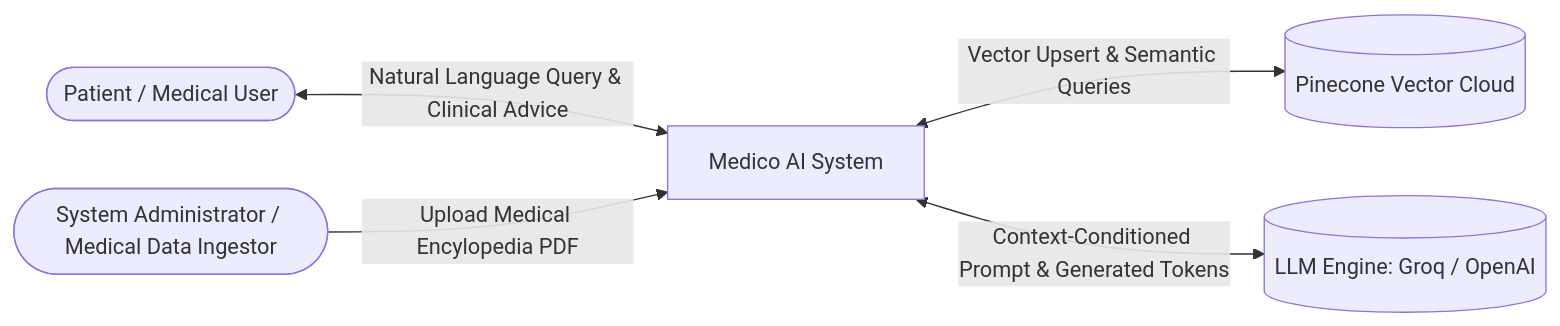
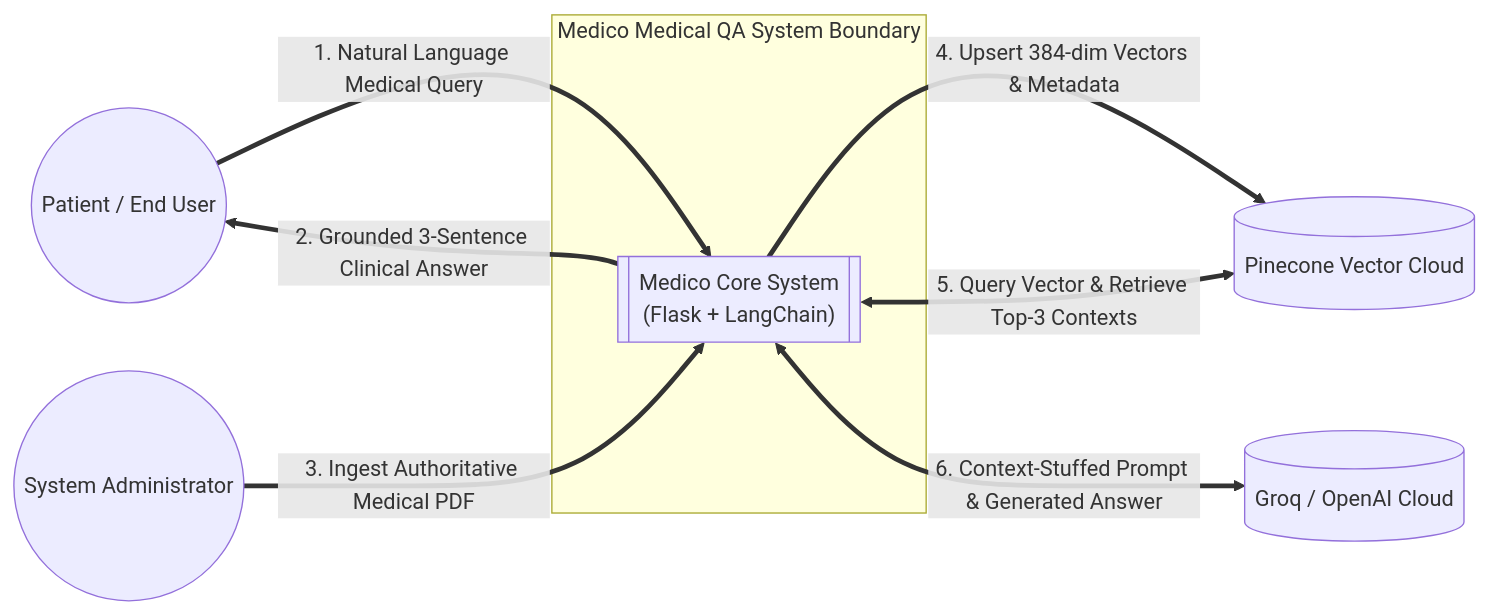
The second of 7 diagrams in context.md (nirajmandal1/medico), drawn with Mermaid before and after one commit. The commit also changed other lines of this file, not shown here.

Commit message:
Update context.md with in-depth academic engineering capstone report and comprehensive DFDs

````diff
--- a/context.md
+++ b/context.md
@@ -76,7 +289,19 @@
 ```mermaid
 graph LR
-    User([Patient / Medical User]) <-->|Natural Language Query & Clinical Advice| MedicoSystem[Medico AI System]
-    Admin([System Administrator / Medical Data Ingestor]) -->|Upload Medical Encylopedia PDF| MedicoSystem
-    MedicoSystem <-->|Vector Upsert & Semantic Queries| PineconeDB[(Pinecone Vector Cloud)]
-    MedicoSystem <-->|Context-Conditioned Prompt & Generated Tokens| LLMEngine[(LLM Engine: Groq / OpenAI)]
+    Patient(("Patient / End User"))
+    Admin(("System Administrator"))
+    
+    subgraph Medico_Boundary["Medico Medical QA System Boundary"]
+        MedicoCore[["Medico Core System<br>(Flask + LangChain)"]]
+    end
+    
+    PineconeStore[("Pinecone Vector Cloud")]
+    LLMProvider[("Groq / OpenAI Cloud")]
+    
+    Patient ==>|"1. Natural Language Medical Query"| MedicoCore
+    MedicoCore ==>|"2. Grounded 3-Sentence Clinical Answer"| Patient
+    Admin ==>|"3. Ingest Authoritative Medical PDF"| MedicoCore
+    MedicoCore ==>|"4. Upsert 384-dim Vectors & Metadata"| PineconeStore
+    MedicoCore <==>|"5. Query Vector & Retrieve Top-3 Contexts"| PineconeStore
+    MedicoCore <==>|"6. Context-Stuffed Prompt & Generated Answer"| LLMProvider
 ```
````
